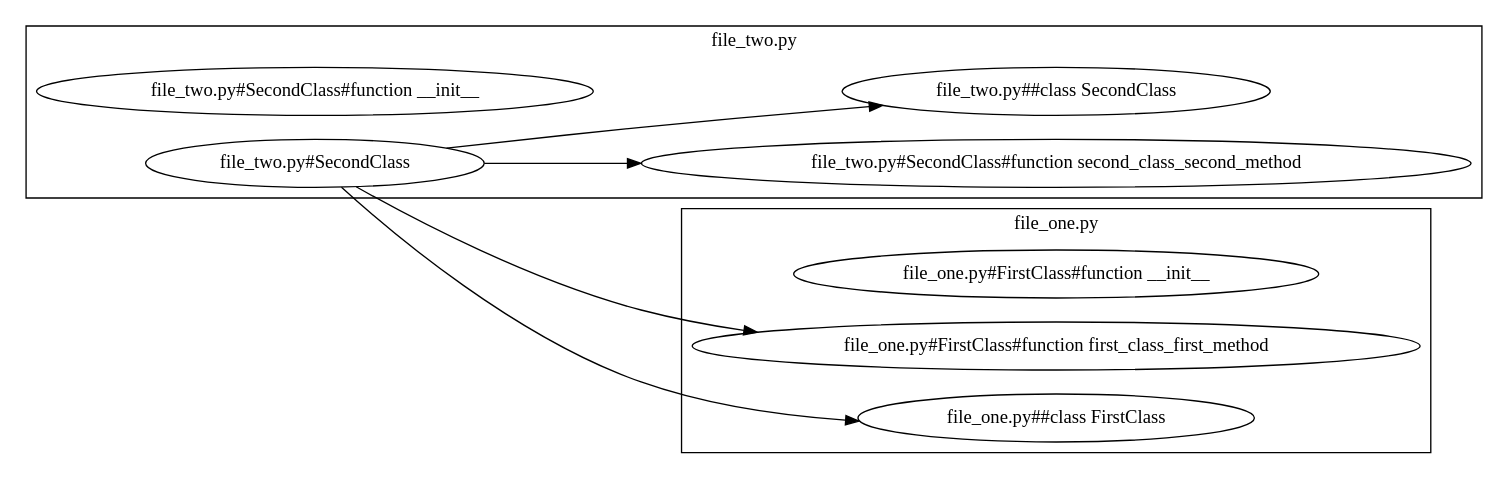
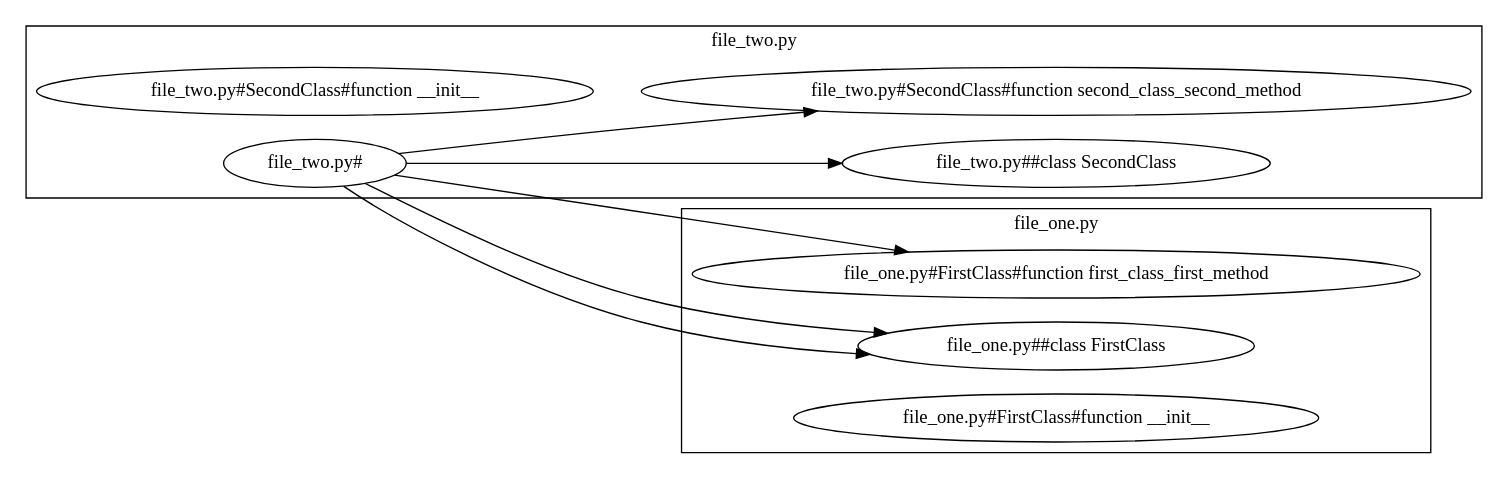
One commit to selfint/CodeBlocks changed the diagram in examples/two_files/code_blocks.gv. Above: the diagram before and after it, drawn with Graphviz. The commit also changed 19 other files, not shown here.

```diff
--- a/examples/two_files/code_blocks.gv
+++ b/examples/two_files/code_blocks.gv
@@ -1,25 +1,27 @@
 digraph G {
 	graph [rankdir=LR]
+	subgraph "cluster_file_two.py" {
+		graph [rankdir=LR]
+		graph [label="file_two.py"]
+		"file_two.py#SecondClass#__init__" [label="file_two.py#SecondClass#function __init__"]
+		"file_two.py##SecondClass" [label="file_two.py##class SecondClass"]
+		"file_two.py#SecondClass#second_class_second_method" [label="file_two.py#SecondClass#function second_class_second_method"]
+		"file_two.py#" [label="file_two.py#"]
+		"file_two.py#" [label="file_two.py#"]
+		"file_two.py#" [label="file_two.py#"]
+		"file_two.py#" [label="file_two.py#"]
+		"file_two.py#" [label="file_two.py#"]
+	}
 	subgraph "cluster_file_one.py" {
 		graph [rankdir=LR]
 		graph [label="file_one.py"]
-		"file_one.py#FirstClass#__init__" [label="file_one.py#FirstClass#function __init__"]
 		"file_one.py#FirstClass#first_class_first_method" [label="file_one.py#FirstClass#function first_class_first_method"]
 		"file_one.py##FirstClass" [label="file_one.py##class FirstClass"]
+		"file_one.py#FirstClass#__init__" [label="file_one.py#FirstClass#function __init__"]
 	}
-	subgraph "cluster_file_two.py" {
-		graph [rankdir=LR]
-		graph [label="file_two.py"]
-		"file_two.py#SecondClass#second_class_second_method" [label="file_two.py#SecondClass#function second_class_second_method"]
-		"file_two.py##SecondClass" [label="file_two.py##class SecondClass"]
-		"file_two.py#SecondClass#__init__" [label="file_two.py#SecondClass#function __init__"]
-		"file_two.py#SecondClass" [label="file_two.py#SecondClass"]
-		"file_two.py#SecondClass" [label="file_two.py#SecondClass"]
-		"file_two.py#SecondClass" [label="file_two.py#SecondClass"]
-		"file_two.py#SecondClass" [label="file_two.py#SecondClass"]
-	}
-	"file_two.py#SecondClass" -> "file_two.py#SecondClass#second_class_second_method"
-	"file_two.py#SecondClass" -> "file_two.py##SecondClass"
-	"file_two.py#SecondClass" -> "file_one.py##FirstClass"
-	"file_two.py#SecondClass" -> "file_one.py#FirstClass#first_class_first_method"
+	"file_two.py#" -> "file_two.py#SecondClass#second_class_second_method"
+	"file_two.py#" -> "file_two.py##SecondClass"
+	"file_two.py#" -> "file_one.py#FirstClass#first_class_first_method"
+	"file_two.py#" -> "file_one.py##FirstClass"
+	"file_two.py#" -> "file_one.py##FirstClass"
 }
```
